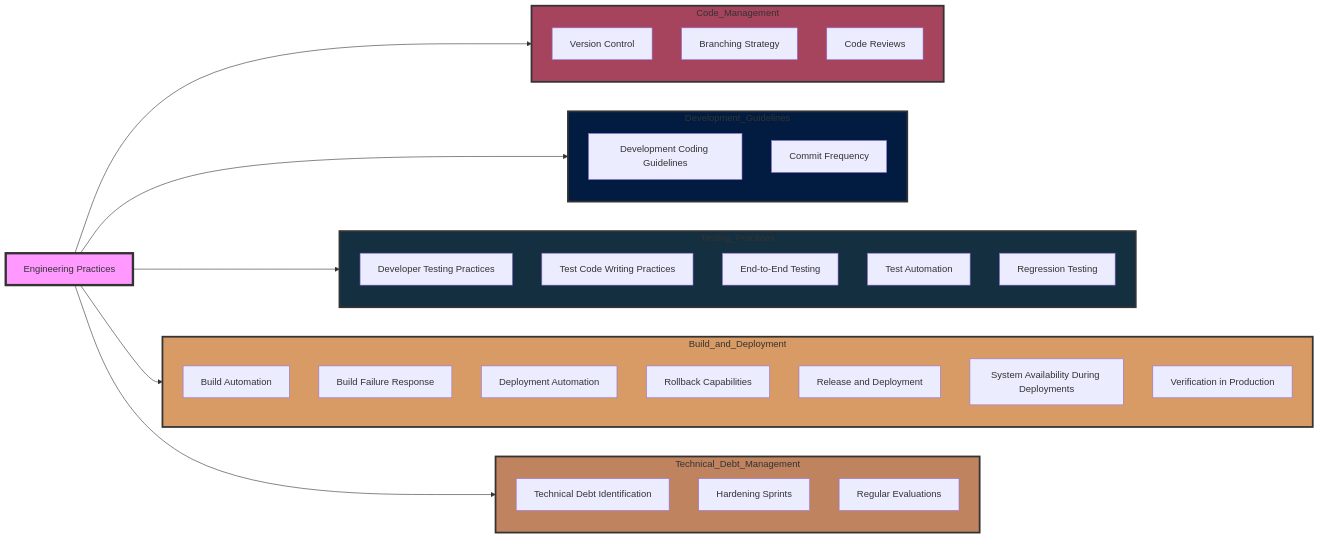
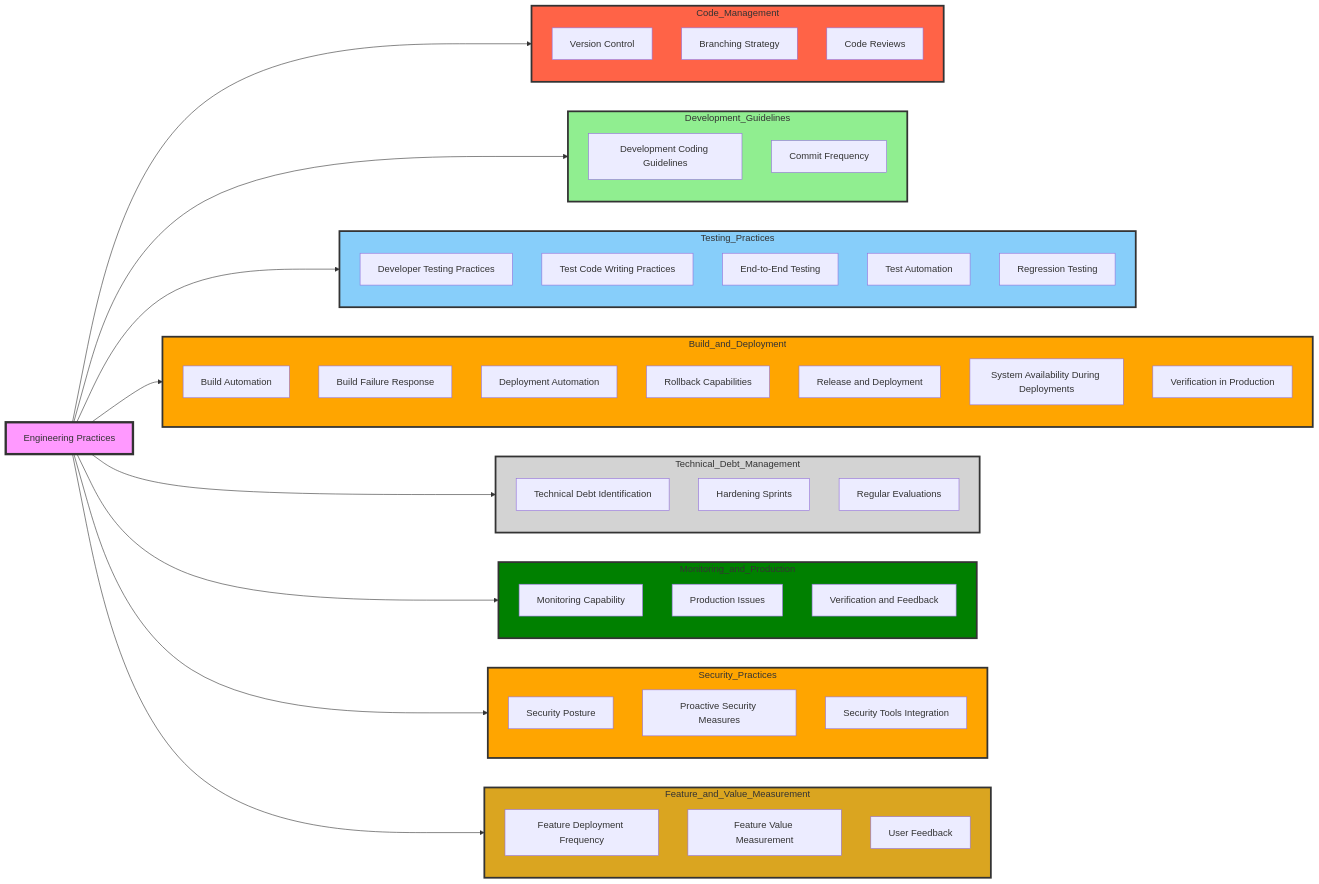
One commit to damodar4u/diagram_1 changed the diagram in README.md. Above: the diagram before and after it, drawn with Mermaid.

````diff
--- a/README.md
+++ b/README.md
@@ -9,14 +9,14 @@
         B2[Branching Strategy]
         B3[Code Reviews]
     end
-    style Code_Management fill:#a6445d,stroke:#333,stroke-width:3px
+    style Code_Management fill:#FF6347,stroke:#333,stroke-width:3px
 
     subgraph Development_Guidelines
         direction TB
         C1[Development Coding Guidelines]
         C2[Commit Frequency]
     end
-    style Development_Guidelines fill:#021c41,stroke:#333,stroke-width:3px
+    style Development_Guidelines fill:#90EE90,stroke:#333,stroke-width:3px
 
     subgraph Testing_Practices
         direction TB
@@ -26,7 +26,7 @@
         D4[Test Automation]
         D5[Regression Testing]
     end
-    style Testing_Practices fill:#142f40,stroke:#333,stroke-width:3px
+    style Testing_Practices fill:#87CEFA,stroke:#333,stroke-width:3px
 
     subgraph Build_and_Deployment
         direction TB
@@ -38,7 +38,7 @@
         E6[System Availability During Deployments]
         E7[Verification in Production]
     end
-    style Build_and_Deployment fill:#d89b65,stroke:#333,stroke-width:3px
+    style Build_and_Deployment fill:#FFA500,stroke:#333,stroke-width:3px
 
     subgraph Technical_Debt_Management
         direction TB
@@ -46,11 +46,38 @@
         F2[Hardening Sprints]
         F3[Regular Evaluations]
     end
-    style Technical_Debt_Management fill:#bf835f,stroke:#333,stroke-width:3px
+    style Technical_Debt_Management fill:#D3D3D3,stroke:#333,stroke-width:3px
+
+    subgraph Monitoring_and_Production
+        direction TB
+        G1[Monitoring Capability]
+        G2[Production Issues]
+        G3[Verification and Feedback]
+    end
+    style Monitoring_and_Production fill:#008000,stroke:#333,stroke-width:3px
+
+    subgraph Security_Practices
+        direction TB
+        H1[Security Posture]
+        H2[Proactive Security Measures]
+        H3[Security Tools Integration]
+    end
+    style Security_Practices fill:#FFA500,stroke:#333,stroke-width:3px
+
+    subgraph Feature_and_Value_Measurement
+        direction TB
+        I1[Feature Deployment Frequency]
+        I2[Feature Value Measurement]
+        I3[User Feedback]
+    end
+    style Feature_and_Value_Measurement fill:#DAA520,stroke:#333,stroke-width:3px
 
     A --> Code_Management
     A --> Development_Guidelines
     A --> Testing_Practices
     A --> Build_and_Deployment
     A --> Technical_Debt_Management
+    A --> Monitoring_and_Production
+    A --> Security_Practices
+    A --> Feature_and_Value_Measurement
 ```
````
